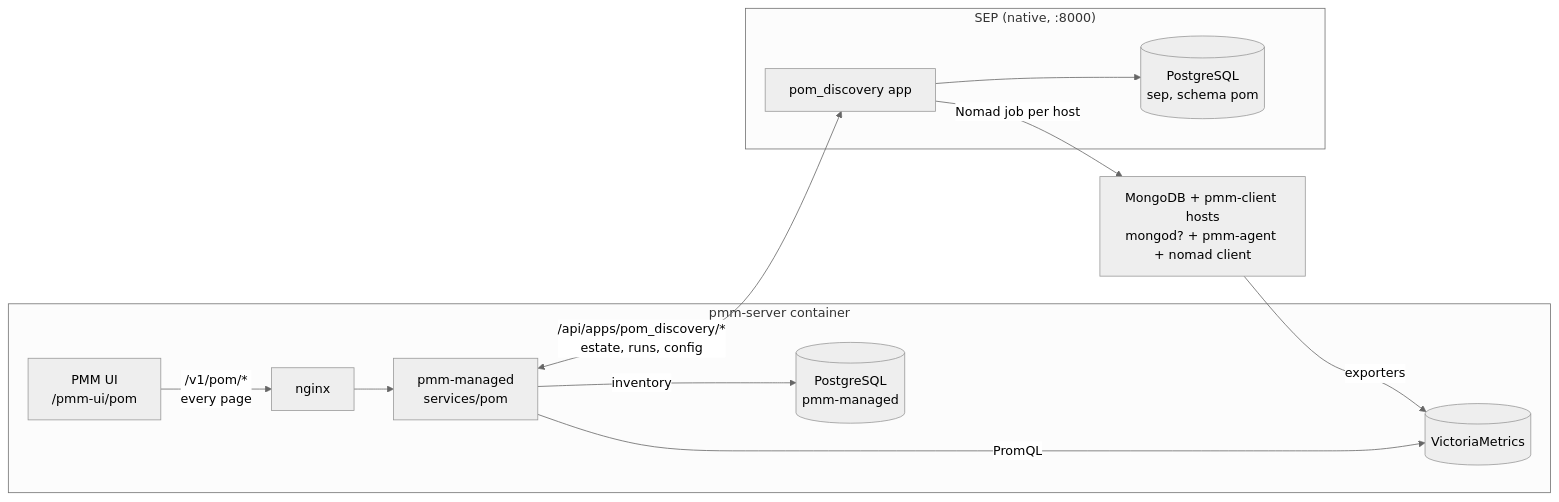
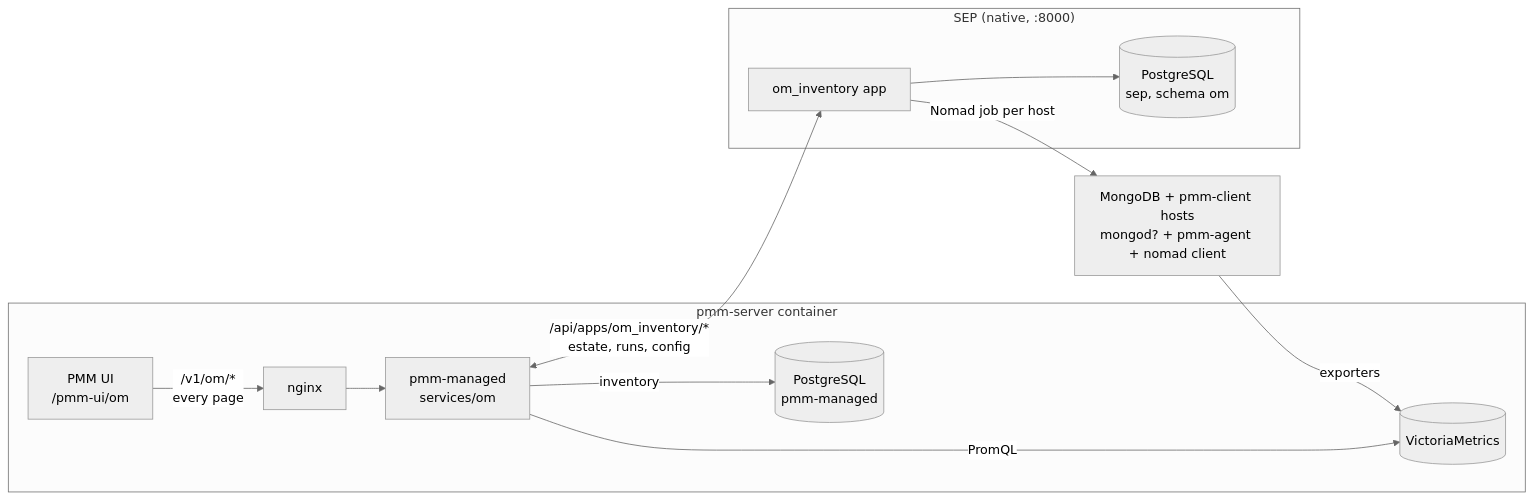
The first of 4 diagrams in docs/architecture.md (Percona-Lab/pom-workspace), drawn with Mermaid (neutral theme) before and after one commit. The commit also changed other lines of this file and 11 other files, not shown here.

````diff
--- a/docs/architecture.md
+++ b/docs/architecture.md
@@ -31,23 +31,23 @@
 ```mermaid
 flowchart LR
     subgraph PMM["pmm-server container"]
-        UI["PMM UI<br/>/pmm-ui/pom"]
+        UI["PMM UI<br/>/pmm-ui/om"]
         NGX["nginx"]
-        POM["pmm-managed<br/>services/pom"]
+        OM["pmm-managed<br/>services/om"]
         PG[("PostgreSQL<br/>pmm-managed")]
         VM[("VictoriaMetrics")]
     end
     subgraph SEP["SEP (native, :8000)"]
-        DISC["pom_discovery app"]
-        SPG[("PostgreSQL<br/>sep, schema pom")]
+        DISC["om_inventory app"]
+        SPG[("PostgreSQL<br/>sep, schema om")]
     end
     NODES["MongoDB + pmm-client hosts<br/>mongod? + pmm-agent + nomad client"]
 
-    UI -->|"/v1/pom/*<br/>every page"| NGX --> POM
-    POM -->|"inventory"| PG
-    POM -->|"PromQL"| VM
-    POM <-->|"/api/apps/pom_discovery/*<br/>estate, runs, config"| DISC
+    UI -->|"/v1/om/*<br/>every page"| NGX --> OM
+    OM -->|"inventory"| PG
+    OM -->|"PromQL"| VM
+    OM <-->|"/api/apps/om_inventory/*<br/>estate, runs, config"| DISC
     DISC --> SPG
     DISC -->|"Nomad job per host"| NODES
     NODES -->|"exporters"| VM
 ```
````
